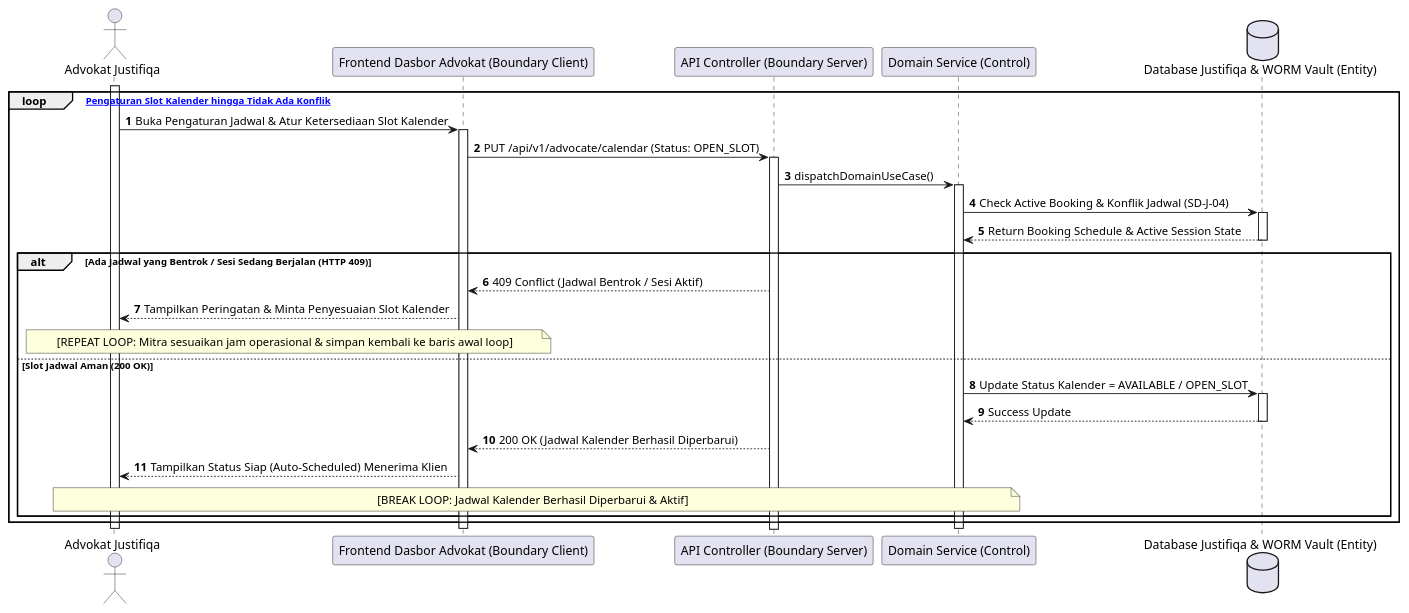
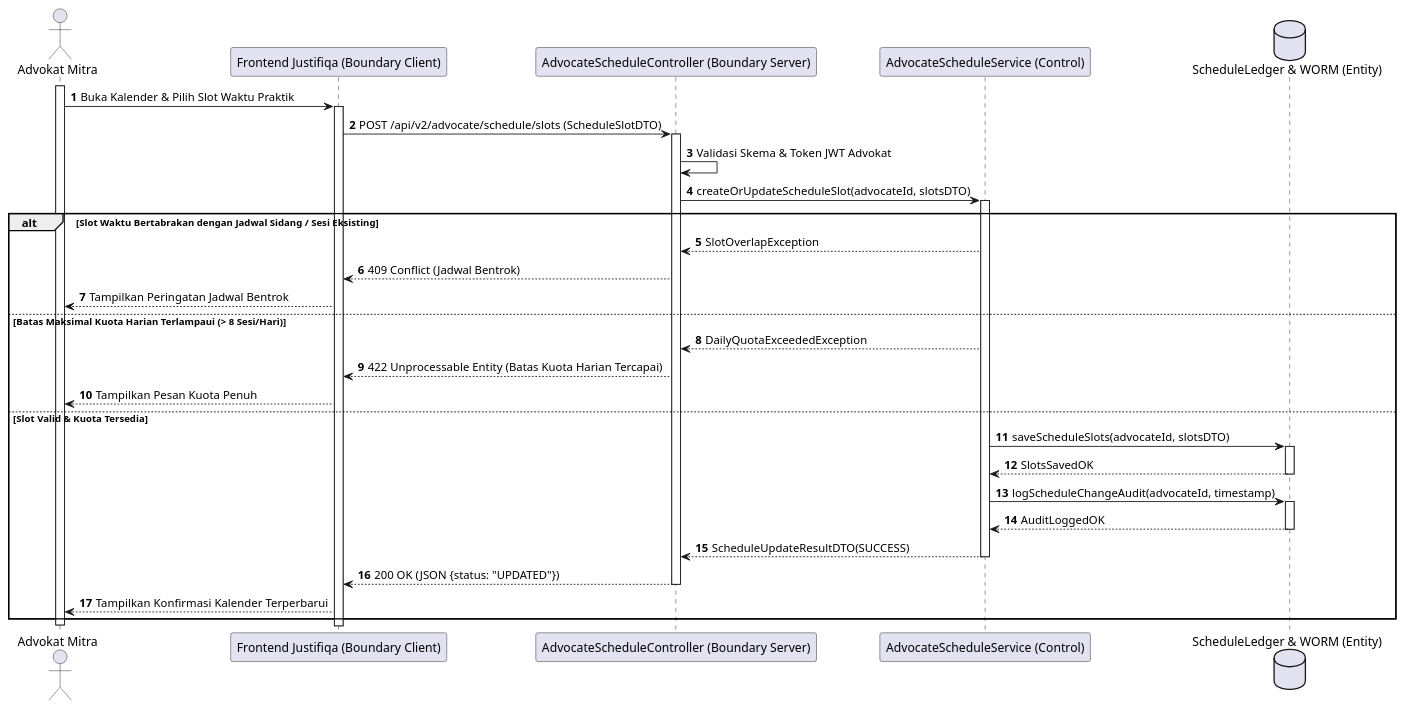
The fourth of 28 diagrams in MarkDown/plantuml_sequence_diagrams.md (tupperwureism/SuperApp-Gagal), drawn with PlantUML before and after one commit. The commit also changed other lines of this file and 1 other file, not shown here.

Commit message:
fix(sequence-diagrams): regenerate all 28 Sequence Diagrams with deterministic hand-crafted 5-Lifeline BCE flows

````diff
--- a/MarkDown/plantuml_sequence_diagrams.md
+++ b/MarkDown/plantuml_sequence_diagrams.md
@@ -213,36 +208,35 @@
 ```plantuml
 @startuml
 autonumber
-actor "Advokat Justifiqa" as Mitra
-participant "Frontend Dasbor Advokat (Boundary Client)" as B_FE
-participant "API Controller (Boundary Server)" as B_BE
-participant "Domain Service (Control)" as C_Svc
-participant "Backend Independen Justifiqa" as C_Svc
-database "Database Justifiqa & WORM Vault (Entity)" as E_DB
+actor "Advokat Mitra" as User
+participant "Frontend Justifiqa (Boundary Client)" as B_FE
+participant "AdvocateScheduleController (Boundary Server)" as B_BE
+participant "AdvocateScheduleService (Control)" as C_Svc
+database "ScheduleLedger & WORM (Entity)" as E_DB
 
-activate Mitra
-loop [Percobaan Pengaturan Slot Kalender hingga Tidak Ada Konflik]
-    Mitra -> B_FE ++ : Buka Pengaturan Jadwal & Atur Ketersediaan Slot Kalender
-    B_FE -> B_BE ++ : PUT /api/v1/advocate/calendar (Status: OPEN_SLOT)
-    B_BE -> C_Svc ++ : dispatchDomainUseCase()
+activate User
+User -> B_FE ++ : Buka Kalender & Pilih Slot Waktu Praktik
+B_FE -> B_BE ++ : POST /api/v2/advocate/schedule/slots (ScheduleSlotDTO)
+B_BE -> B_BE : Validasi Skema & Token JWT Advokat
+B_BE -> C_Svc ++ : createOrUpdateScheduleSlot(advocateId, slotsDTO)
 
-    C_Svc -> E_DB ++ : Check Active Booking & Konflik Jadwal (SD-J-04)
-    E_DB --> C_Svc -- : Return Booking Schedule & Active Session State
-
-    alt Ada Jadwal yang Bentrok / Sesi Sedang Berjalan (HTTP 409)
-        B_BE --> B_FE : 409 Conflict (Jadwal Bentrok / Sesi Aktif)
-        B_FE --> Mitra : Tampilkan Peringatan & Minta Penyesuaian Slot Kalender
-        note over Mitra, B_FE : [REPEAT LOOP: Mitra sesuaikan jam operasional & simpan kembali ke baris awal loop]
-    else Slot Jadwal Aman (200 OK)
-        C_Svc -> E_DB ++ : Update Status Kalender = AVAILABLE / OPEN_SLOT
-        E_DB --> C_Svc -- : Success Update
-        B_BE --> B_FE : 200 OK (Jadwal Kalender Berhasil Diperbarui)
-        B_FE --> Mitra : Tampilkan Status Siap (Auto-Scheduled) Menerima Klien
-        note over Mitra, C_Svc : [BREAK LOOP: Jadwal Kalender Berhasil Diperbarui & Aktif]
-    end
+alt Slot Waktu Bertabrakan dengan Jadwal Sidang / Sesi Eksisting
+    C_Svc --> B_BE : SlotOverlapException
+    B_BE --> B_FE : 409 Conflict (Jadwal Bentrok)
+    B_FE --> User : Tampilkan Peringatan Jadwal Bentrok
+else Batas Maksimal Kuota Harian Terlampaui (> 8 Sesi/Hari)
+    C_Svc --> B_BE : DailyQuotaExceededException
+    B_BE --> B_FE : 422 Unprocessable Entity (Batas Kuota Harian Tercapai)
+    B_FE --> User : Tampilkan Pesan Kuota Penuh
+else Slot Valid & Kuota Tersedia
+    C_Svc -> E_DB ++ : saveScheduleSlots(advocateId, slotsDTO)
+    E_DB --> C_Svc -- : SlotsSavedOK
+    C_Svc -> E_DB ++ : logScheduleChangeAudit(advocateId, timestamp)
+    E_DB --> C_Svc -- : AuditLoggedOK
+    C_Svc --> B_BE -- : ScheduleUpdateResultDTO(SUCCESS)
+    B_BE --> B_FE -- : 200 OK (JSON {status: "UPDATED"})
+    B_FE --> User : Tampilkan Konfirmasi Kalender Terperbarui
 end
-deactivate C_Svc
-deactivate B_FE
-deactivate Mitra
+deactivate User
 @enduml
 ```
````
